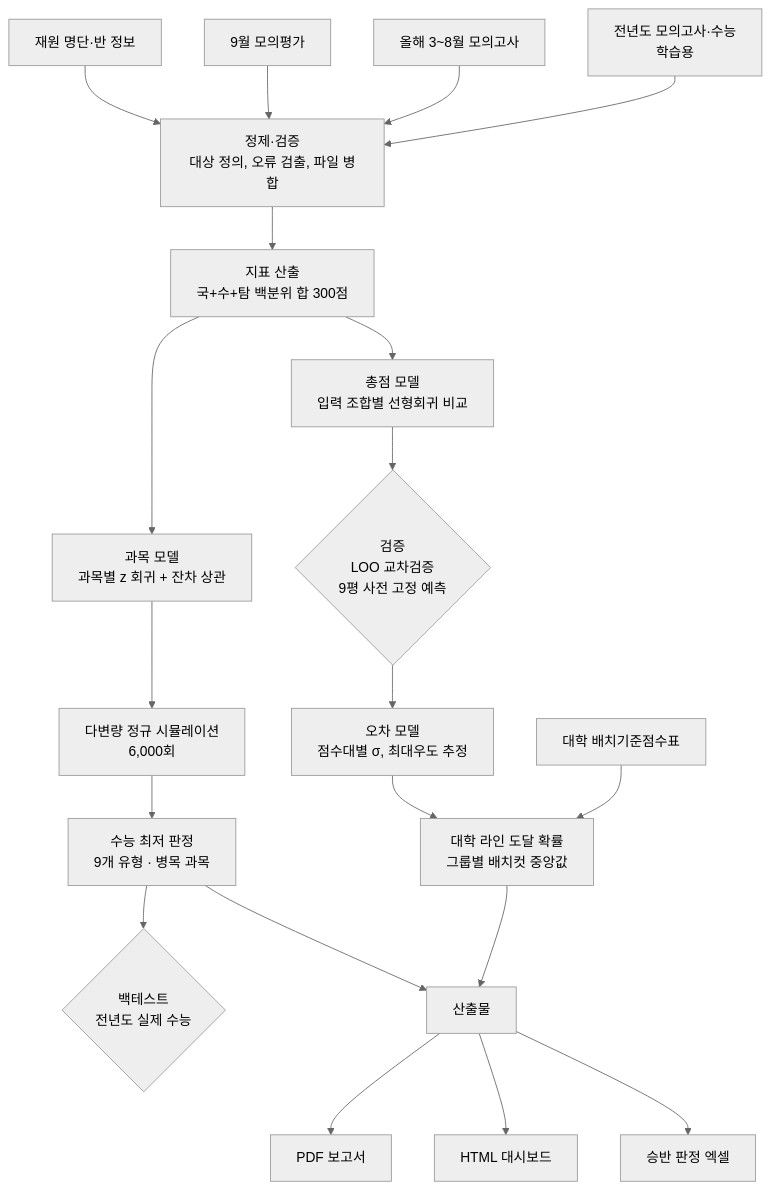
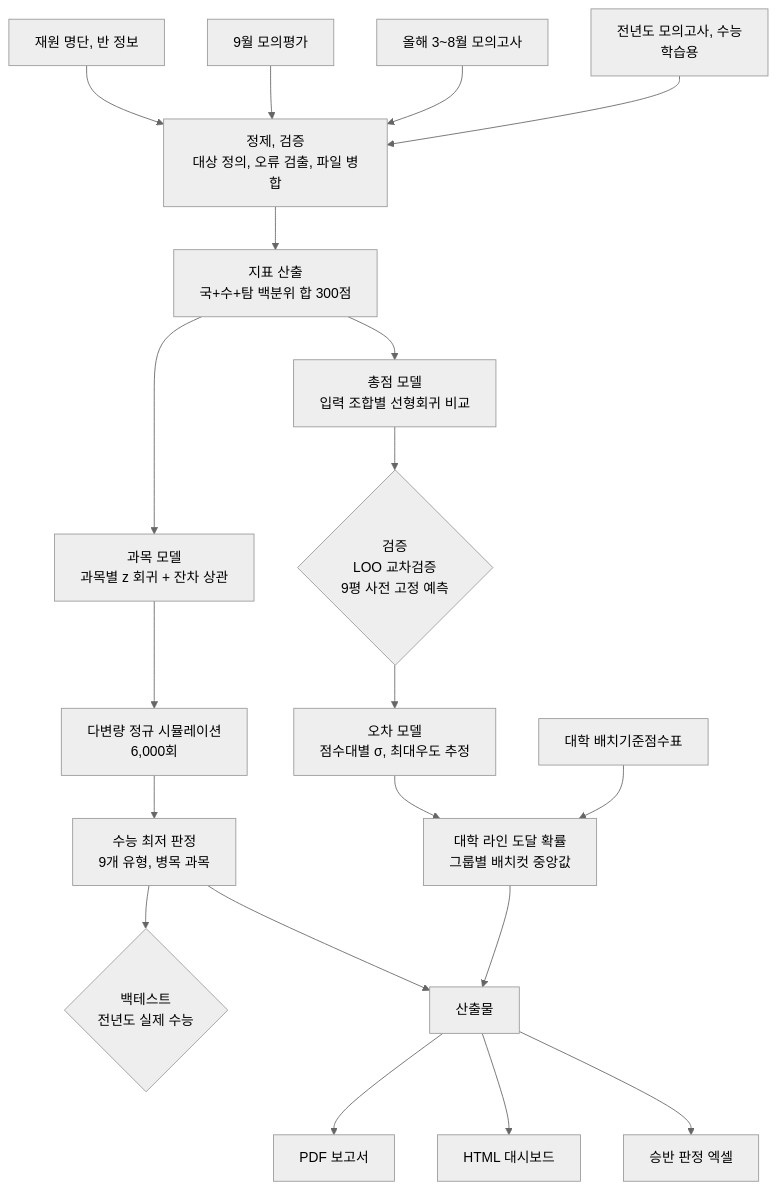
One commit to ho66220-boop/CSAT-Outcome-Forecaster changed the diagram in README.md. Above: the diagram before and after it, drawn with Mermaid (neutral theme). The commit also changed other lines of this file and 2 other files, not shown here.

First line of the commit message:
README 표기 정리와 사설 모의고사 설명 수정

````diff
--- a/README.md
+++ b/README.md
@@ -38,26 +38,26 @@
 ```mermaid
 flowchart TD
-    A1[전년도 모의고사·수능<br/>학습용] --> B
+    A1[전년도 모의고사, 수능<br/>학습용] --> B
     A2[올해 3~8월 모의고사] --> B
     A3[9월 모의평가] --> B
-    A4[재원 명단·반 정보] --> B
+    A4[재원 명단, 반 정보] --> B
     A5[대학 배치기준점수표] --> L
 
-    B[정제·검증<br/>대상 정의, 오류 검출, 파일 병합] --> C[지표 산출<br/>국+수+탐 백분위 합 300점]
+    B[정제, 검증<br/>대상 정의, 오류 검출, 파일 병합] --> C[지표 산출<br/>국+수+탐 백분위 합 300점]
 
     C --> M1[총점 모델<br/>입력 조합별 선형회귀 비교]
     M1 --> V1{검증<br/>LOO 교차검증<br/>9평 사전 고정 예측}
     V1 --> E[오차 모델<br/>점수대별 σ, 최대우도 추정]
     E --> L[대학 라인 도달 확률<br/>그룹별 배치컷 중앙값]
 
     C --> M2[과목 모델<br/>과목별 z 회귀 + 잔차 상관]
     M2 --> S[다변량 정규 시뮬레이션<br/>6,000회]
-    S --> R[수능 최저 판정<br/>9개 유형 · 병목 과목]
+    S --> R[수능 최저 판정<br/>9개 유형, 병목 과목]
     R --> V2{백테스트<br/>전년도 실제 수능}
 
     L --> O[산출물]
     R --> O
     O --> O1[PDF 보고서]
     O --> O2[HTML 대시보드]
     O --> O3[승반 판정 엑셀]
 ```
````
